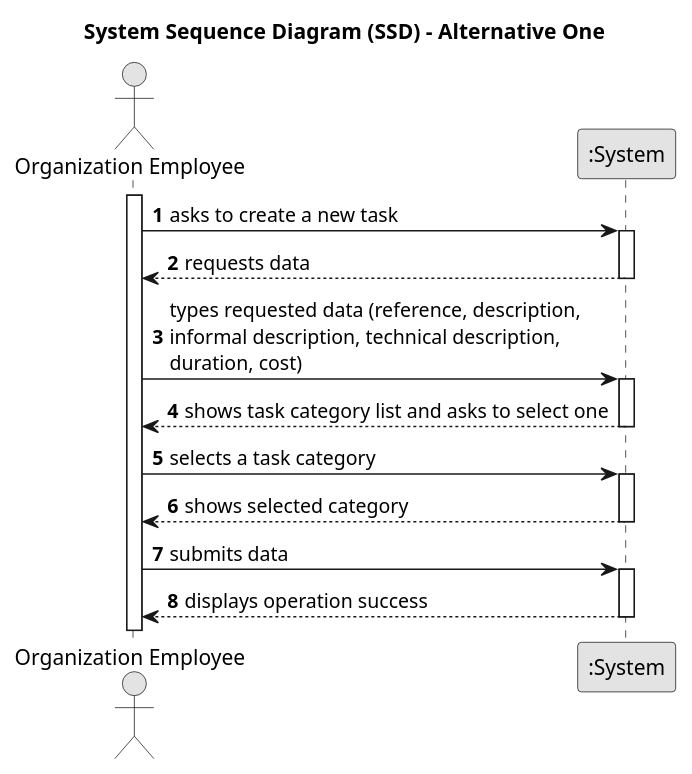
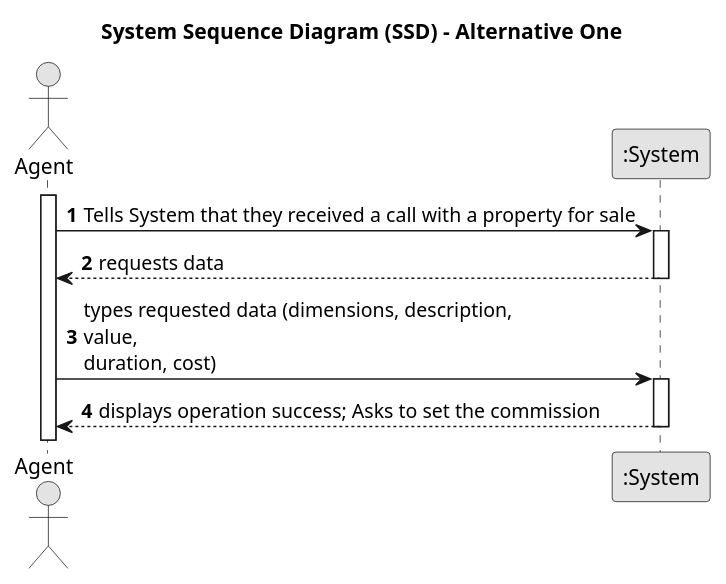
One commit to Goncalves2525/real-estate-management-system changed the diagram in docs/sprintA/us002/01.requirements-engineering/puml/us002-system-sequence-diagram-alternative-one.puml. Above: the diagram before and after it, drawn with PlantUML. The commit also changed 1 other file, not shown here.

```diff
--- a/docs/sprintA/us002/01.requirements-engineering/puml/us002-system-sequence-diagram-alternative-one.puml
+++ b/docs/sprintA/us002/01.requirements-engineering/puml/us002-system-sequence-diagram-alternative-one.puml
@@ -1,39 +1,27 @@
 @startuml
 skinparam monochrome true
 skinparam packageStyle rectangle
 skinparam shadowing false
 
 title System Sequence Diagram (SSD) - Alternative One
 
 autonumber
 
-actor "Organization Employee" as Employee
+actor "Agent" as Agent
 participant ":System" as System
 
-activate Employee
+activate Agent
 
-    Employee -> System : asks to create a new task
+    Agent -> System : Tells System that they received a call with a property for sale
     activate System
 
-        System --> Employee : requests data
+    System --> Agent : requests data
     deactivate System
 
-    Employee -> System : types requested data (reference, description, \ninformal description, technical description,\nduration, cost)
+    Agent -> System : types requested data (dimensions, description, \nvalue,\nduration, cost)
     activate System
 
-        System --> Employee : shows task category list and asks to select one
-    deactivate System
-
-    Employee -> System : selects a task category
-    activate System
-
-        System --> Employee : shows selected category
-    deactivate System
-
-    Employee -> System : submits data
-    activate System
-
-        System --> Employee : displays operation success
+    System --> Agent : displays operation success; Asks to set the commission
     deactivate System
 
 @enduml
```
